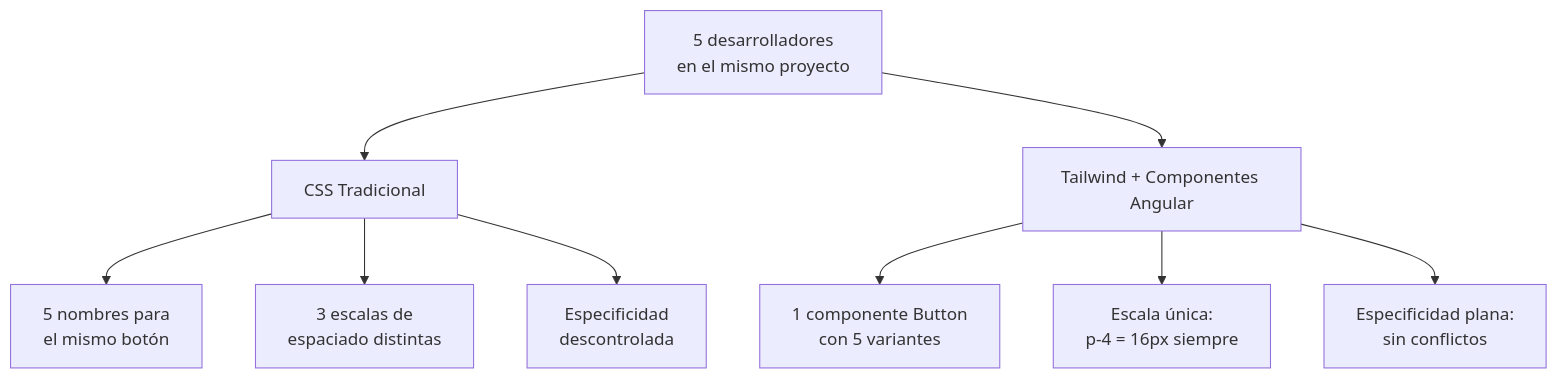
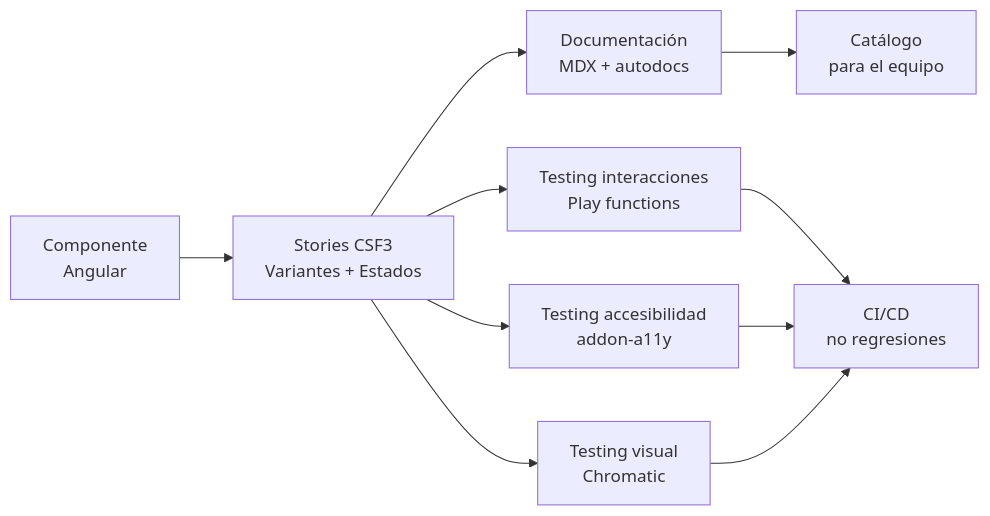
Before and after one commit to Jose-Quesada/presentacion-desarrollo-interfaces-26-27: the third of 6 diagrams in unidad-14.md, drawn with Mermaid. The commit also changed other lines of this file and 52 other files, not shown here.

````diff
--- a/unidad-14.md
+++ b/unidad-14.md
@@ -33,11 +473,13 @@
-<div class="mermaid">
-graph TD
-    A[5 desarrolladores<br/>en el mismo proyecto] --> B[CSS Tradicional]
-    A --> C[Tailwind + Componentes Angular]
-    B --> B1[5 nombres para<br/>el mismo botón]
-    B --> B2[3 escalas de<br/>espaciado distintas]
-    B --> B3[Especificidad<br/>descontrolada]
-    C --> C1[1 componente Button<br/>con 5 variantes]
-    C --> C2[Escala única:<br/>p-4 = 16px siempre]
-    C --> C3[Especificidad plana:<br/>sin conflictos]
-</div>
+```mermaid
+graph LR
+    A[Componente<br/>Angular] --> B[Stories CSF3<br/>Variantes + Estados]
+    B --> C[Documentación<br/>MDX + autodocs]
+    B --> D[Testing interacciones<br/>Play functions]
+    B --> E[Testing accesibilidad<br/>addon-a11y]
+    B --> F[Testing visual<br/>Chromatic]
+    
+    C --> G[Catálogo<br/>para el equipo]
+    D --> H[CI/CD<br/>no regresiones]
+    E --> H
+    F --> H
+```
````
